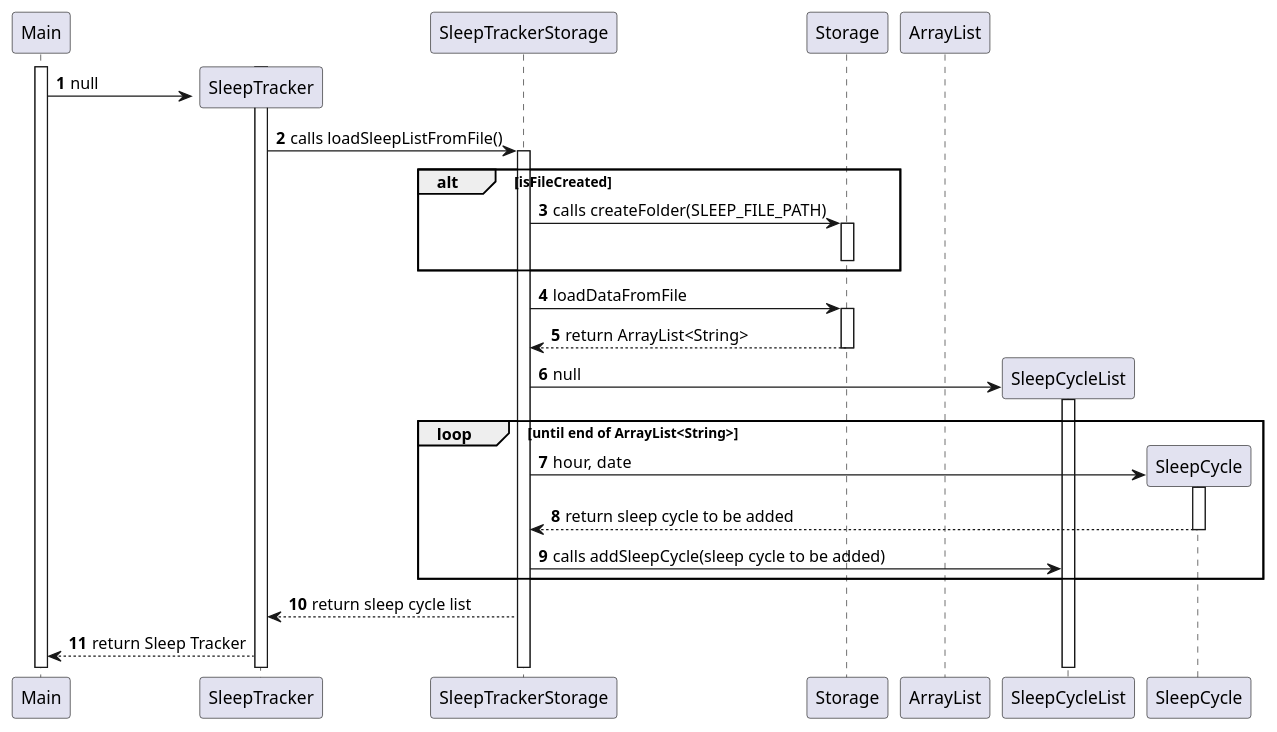
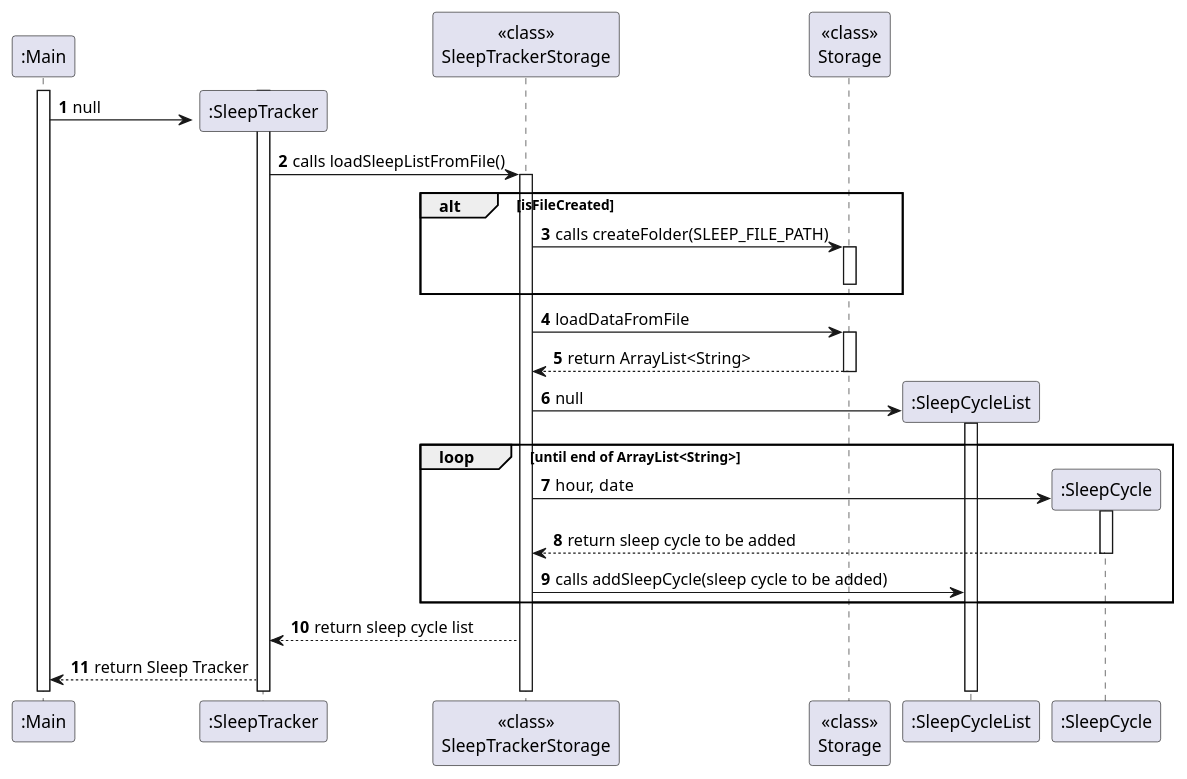
The diagram in docs/diagrams/storage/StorageSequenceDiagramSleep.puml (AY2324S2-CS2113-T11-1/tp), drawn with PlantUML before and after one commit. The commit also changed 5 other files, not shown here.

```diff
--- a/docs/diagrams/storage/StorageSequenceDiagramSleep.puml
+++ b/docs/diagrams/storage/StorageSequenceDiagramSleep.puml
@@ -1,46 +1,45 @@
 @startuml
 'https://plantuml.com/sequence-diagram
 
 autonumber
 
-participant Main
-participant SleepTracker
-participant SleepTrackerStorage
-participant Storage
-participant ArrayList
-participant SleepCycleList
-participant SleepCycle
+participant ":Main" as Main
+participant ":SleepTracker" as SleepTracker
+participant "<<class>>\nSleepTrackerStorage" as SleepTrackerStorage
+participant "<<class>>\nStorage" as Storage
+participant ":SleepCycleList" as SleepCycleList
+participant ":SleepCycle" as SleepCycle
 
 activate Main
 Create SleepTracker
 activate SleepTracker
 Main -> SleepTracker: null
 SleepTracker -> SleepTrackerStorage: calls loadSleepListFromFile()
 activate SleepTrackerStorage
 alt isFileCreated
     SleepTrackerStorage -> Storage: calls createFolder(SLEEP_FILE_PATH)
     activate Storage
     deactivate Storage
 end
 SleepTrackerStorage -> Storage: loadDataFromFile
 activate Storage
 Storage --> SleepTrackerStorage: return ArrayList<String>
 deactivate Storage
 Create SleepCycleList
 SleepTrackerStorage -> SleepCycleList: null
 activate SleepCycleList
 loop until end of ArrayList<String>
 Create SleepCycle
 SleepTrackerStorage -> SleepCycle: hour, date
 activate SleepCycle
 SleepCycle --> SleepTrackerStorage: return sleep cycle to be added
 deactivate SleepCycle
 SleepTrackerStorage -> SleepCycleList: calls addSleepCycle(sleep cycle to be added)
 end
 
 SleepTrackerStorage --> SleepTracker: return sleep cycle list
 SleepTracker --> Main: return Sleep Tracker
 
 
 
 @enduml
```
